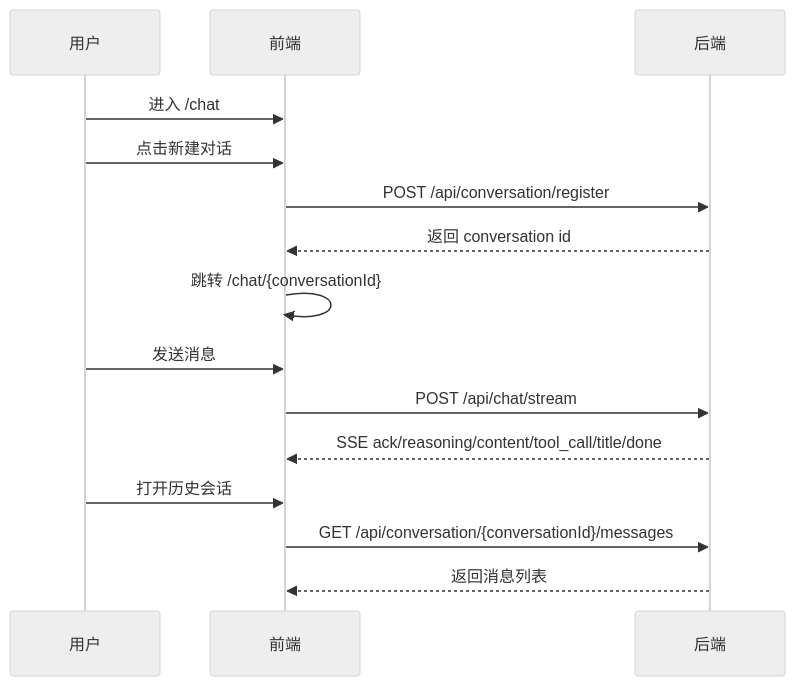
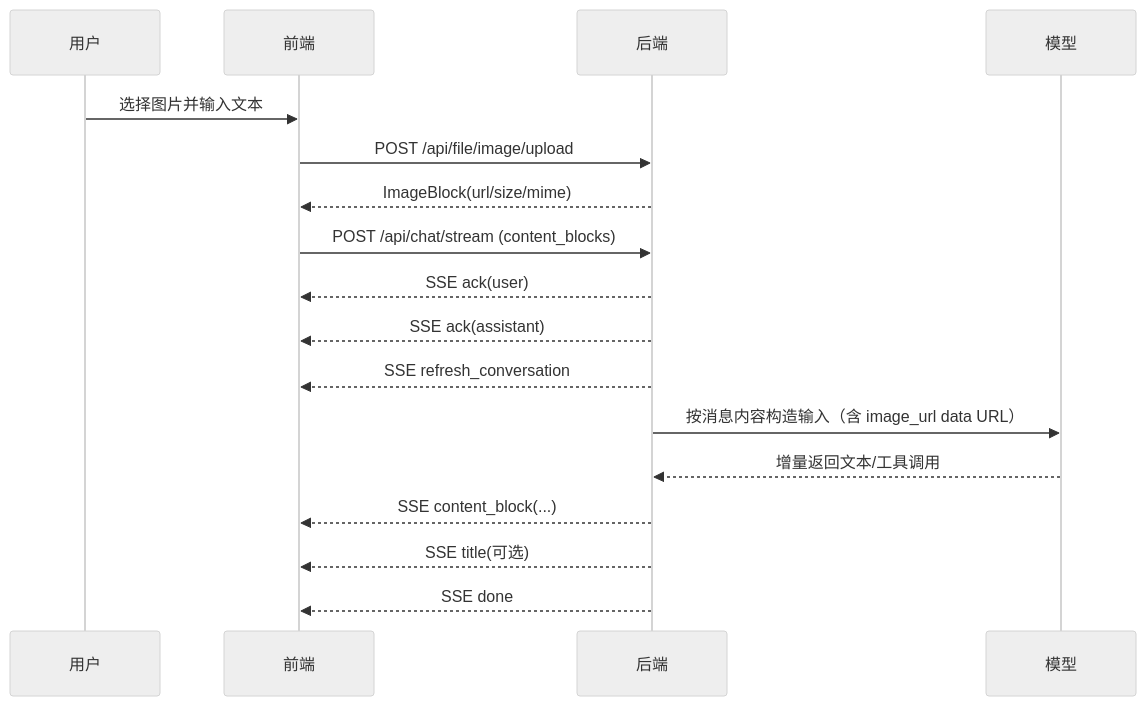
The diagram in frontend/docs/conversation.md (wuhonglei/chat-agent), drawn with Mermaid (neutral theme) before and after one commit. The commit also changed other lines of this file and 3 other files, not shown here.

````diff
--- a/frontend/docs/conversation.md
+++ b/frontend/docs/conversation.md
@@ -33,20 +81,22 @@
 ```mermaid
 sequenceDiagram
     participant U as 用户
     participant FE as 前端
     participant API as 后端
+    participant LLM as 模型
 
-    U->>FE: 进入 /chat
-    U->>FE: 点击新建对话
-    FE->>API: POST /api/conversation/register
-    API-->>FE: 返回 conversation id
-    FE->>FE: 跳转 /chat/{conversationId}
+    U->>FE: 选择图片并输入文本
+    FE->>API: POST /api/file/image/upload
+    API-->>FE: ImageBlock(url/size/mime)
 
-    U->>FE: 发送消息
-    FE->>API: POST /api/chat/stream
-    API-->>FE: SSE ack/reasoning/content/tool_call/title/done
+    FE->>API: POST /api/chat/stream (content_blocks)
+    API-->>FE: SSE ack(user)
+    API-->>FE: SSE ack(assistant)
+    API-->>FE: SSE refresh_conversation
 
-    U->>FE: 打开历史会话
-    FE->>API: GET /api/conversation/{conversationId}/messages
-    API-->>FE: 返回消息列表
+    API->>LLM: 按消息内容构造输入（含 image_url data URL）
+    LLM-->>API: 增量返回文本/工具调用
+    API-->>FE: SSE content_block(...)
+    API-->>FE: SSE title(可选)
+    API-->>FE: SSE done
 ```
````
